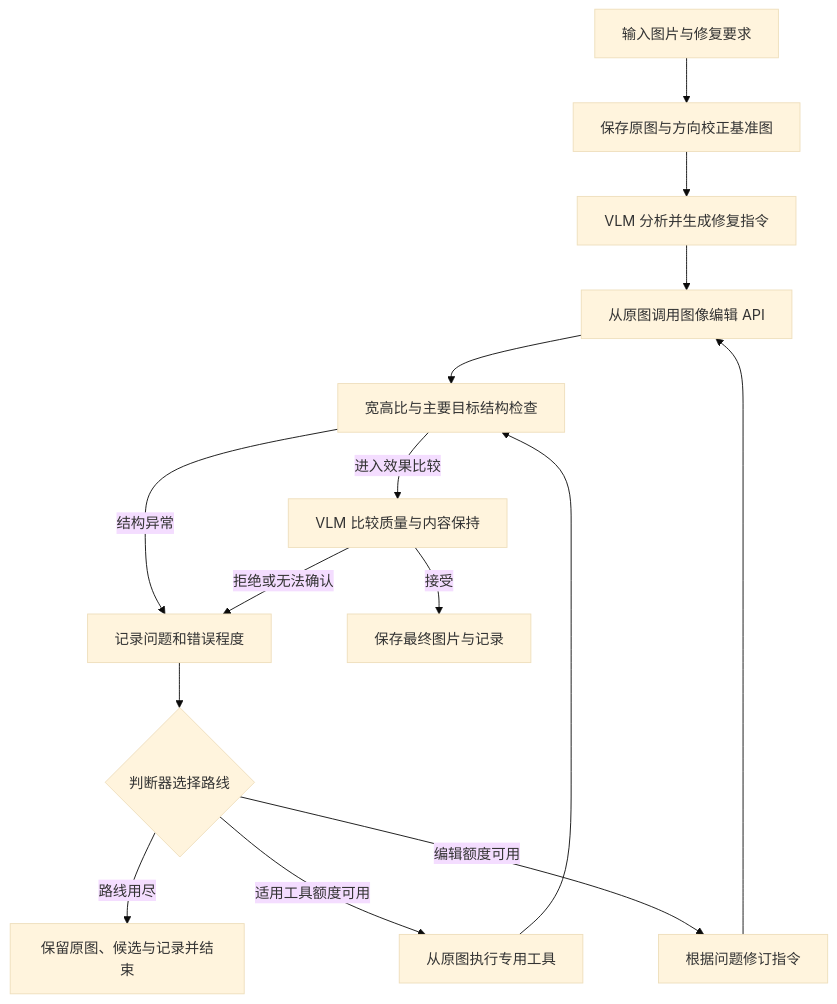
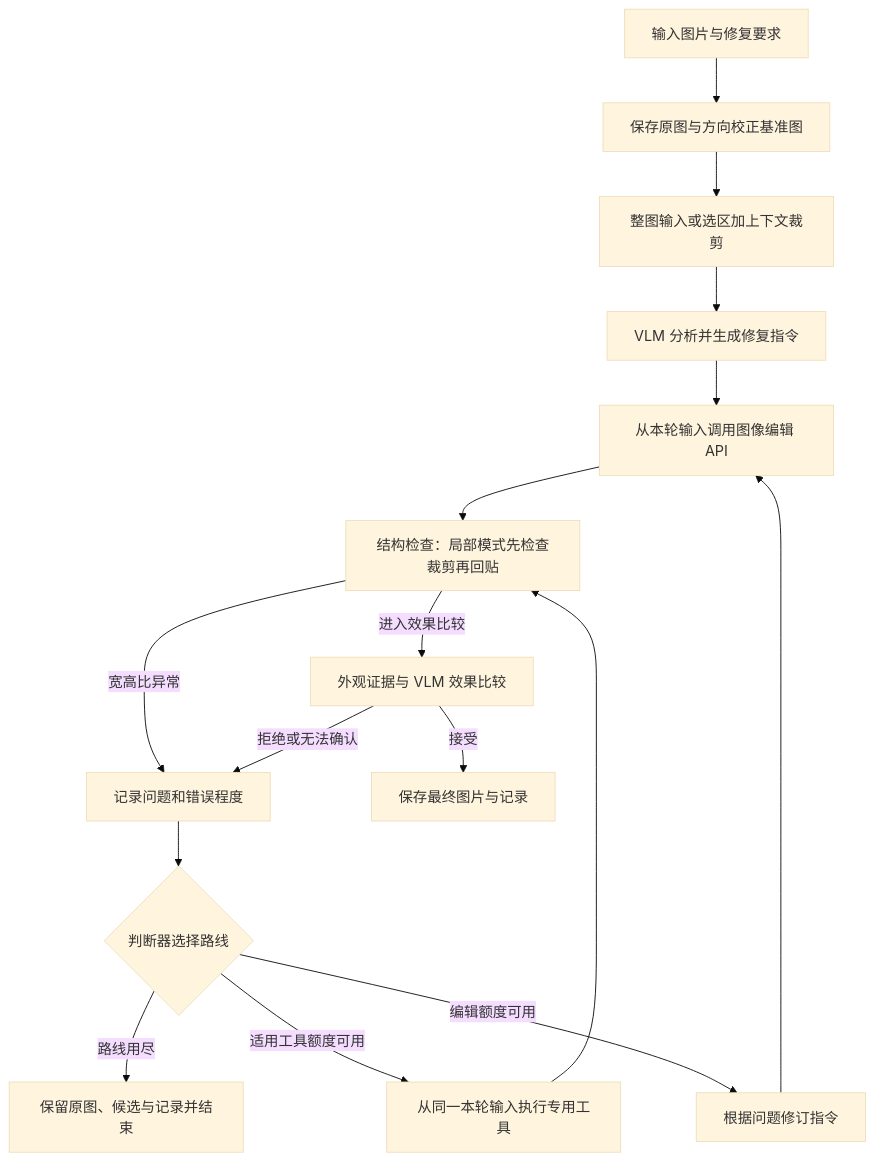
Before and after one commit to JOHNEIX/Agentrestoration: the diagram in 需求文档.md, drawn with Mermaid (base theme). The commit also changed other lines of this file and 85 other files, not shown here.

````diff
--- a/需求文档.md
+++ b/需求文档.md
@@ -63,17 +66,18 @@
 ```mermaid
 flowchart TD
     A[输入图片与修复要求] --> B[保存原图与方向校正基准图]
-    B --> C[VLM 分析并生成修复指令]
-    C --> D[从原图调用图像编辑 API]
-    D --> E[宽高比与主要目标结构检查]
-    E -->|进入效果比较| F[VLM 比较质量与内容保持]
-    E -->|结构异常| G[记录问题和错误程度]
+    B --> L[整图输入或选区加上下文裁剪]
+    L --> C[VLM 分析并生成修复指令]
+    C --> D[从本轮输入调用图像编辑 API]
+    D --> E[结构检查：局部模式先检查裁剪再回贴]
+    E -->|进入效果比较| F[外观证据与 VLM 效果比较]
+    E -->|宽高比异常| G[记录问题和错误程度]
     F -->|接受| H[保存最终图片与记录]
     F -->|拒绝或无法确认| G
     G --> J{判断器选择路线}
     J -->|编辑额度可用| K[根据问题修订指令]
     K --> D
-    J -->|适用工具额度可用| T[从原图执行专用工具]
+    J -->|适用工具额度可用| T[从同一本轮输入执行专用工具]
     T --> E
     J -->|路线用尽| S[保留原图、候选与记录并结束]
 ```
````
